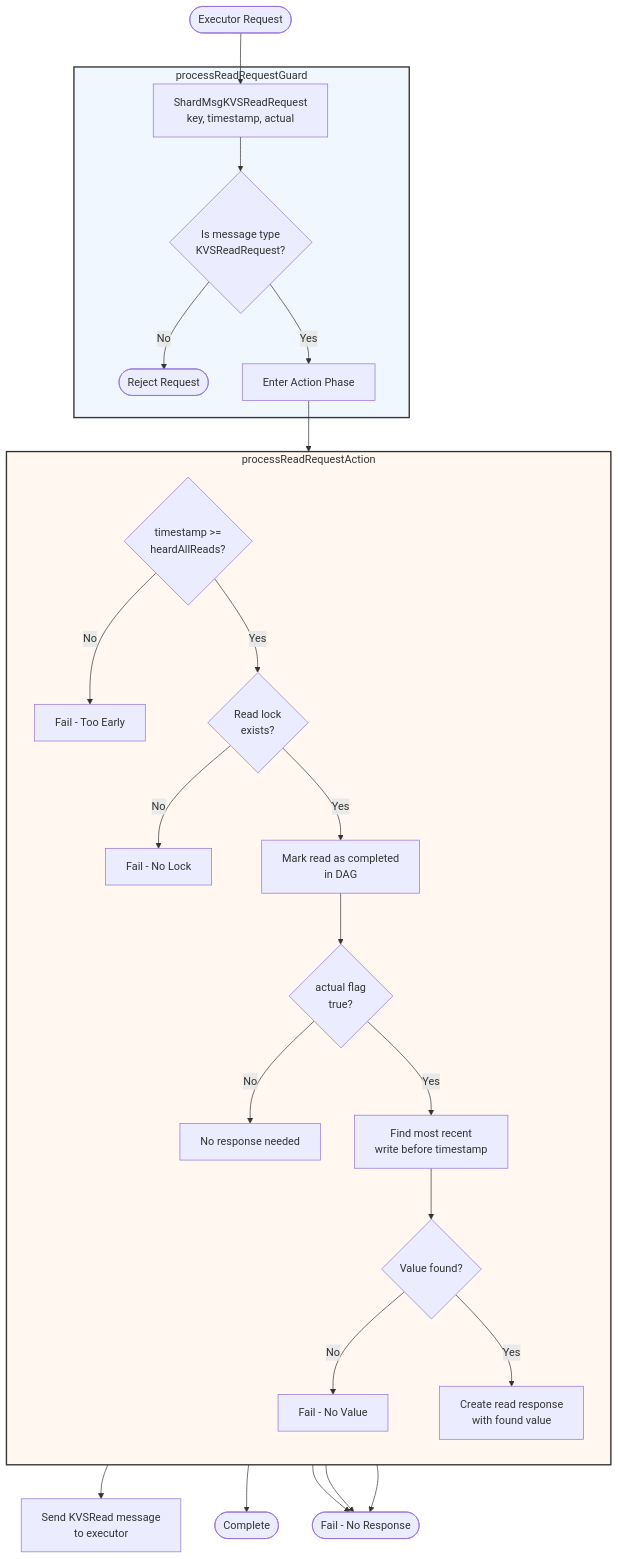
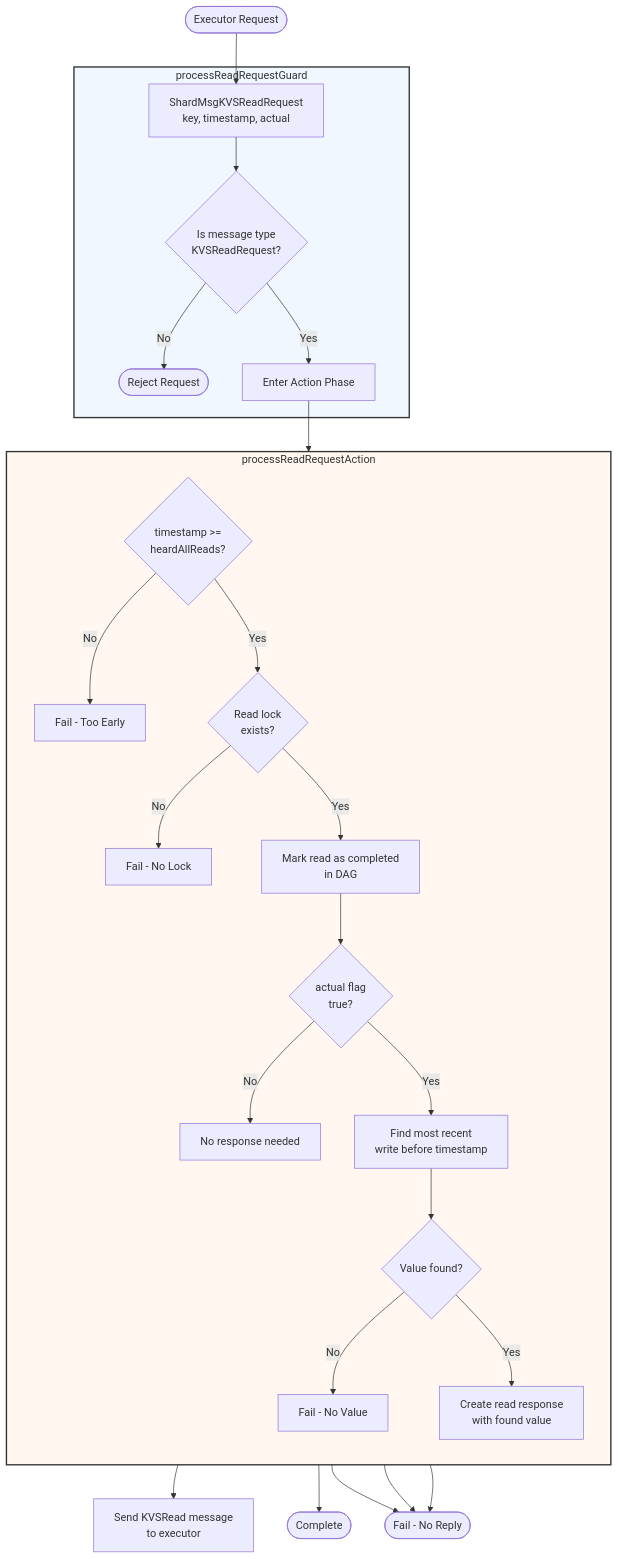
The third of 4 diagrams in docs/arch/node/engines/shard_behaviour.juvix.md (anoma/nspec), drawn with Mermaid before and after one commit. The commit also changed other lines of this file and 37 other files, not shown here.

Commit message:
Renamed all instances of "Response" to "Reply" in message interfaces for consistency across commitment, decryption, identity management, and other engines.

````diff
--- a/docs/arch/node/engines/shard_behaviour.juvix.md
+++ b/docs/arch/node/engines/shard_behaviour.juvix.md
@@ -194,34 +194,34 @@
 ```mermaid
 flowchart TD
     Start([Executor Request]) --> MsgReq[ShardMsgKVSReadRequest<br/>key, timestamp, actual]
 
     subgraph Guard["processReadRequestGuard"]
         MsgReq --> ValidType{Is message type<br/>KVSReadRequest?}
         ValidType -->|No| Reject([Reject Request])
         ValidType -->|Yes| ActionEntry[Enter Action Phase]
     end
 
     ActionEntry --> Action
 
     subgraph Action["processReadRequestAction"]
         direction TB
         CheckBarrier{timestamp >=<br/>heardAllReads?}
         CheckBarrier -->|No| FailTooEarly[Fail - Too Early]
         CheckBarrier -->|Yes| CheckLock{Read lock<br/>exists?}
         CheckLock -->|No| FailNoLock[Fail - No Lock]
         CheckLock -->|Yes| MarkRead[Mark read as completed<br/>in DAG]
         MarkRead --> CheckActual{actual flag<br/>true?}
-        CheckActual -->|No| NoResponse[No response needed]
+        CheckActual -->|No| NoReply[No response needed]
         CheckActual -->|Yes| FindValue[Find most recent<br/>write before timestamp]
         FindValue --> HasValue{Value found?}
         HasValue -->|No| FailNoValue[Fail - No Value]
-        HasValue -->|Yes| PrepResponse[Create read response<br/>with found value]
+        HasValue -->|Yes| PrepReply[Create read response<br/>with found value]
     end
 
-    PrepResponse --> SendRead[Send KVSRead message<br/>to executor]
-    NoResponse --> Complete([Complete])
-    FailTooEarly & FailNoLock & FailNoValue --> Fail([Fail - No Response])
+    PrepReply --> SendRead[Send KVSRead message<br/>to executor]
+    NoReply --> Complete([Complete])
+    FailTooEarly & FailNoLock & FailNoValue --> Fail([Fail - No Reply])
 
     style Guard fill:#f0f7ff,stroke:#333,stroke-width:2px
     style Action fill:#fff7f0,stroke:#333,stroke-width:2px
 ```
````
